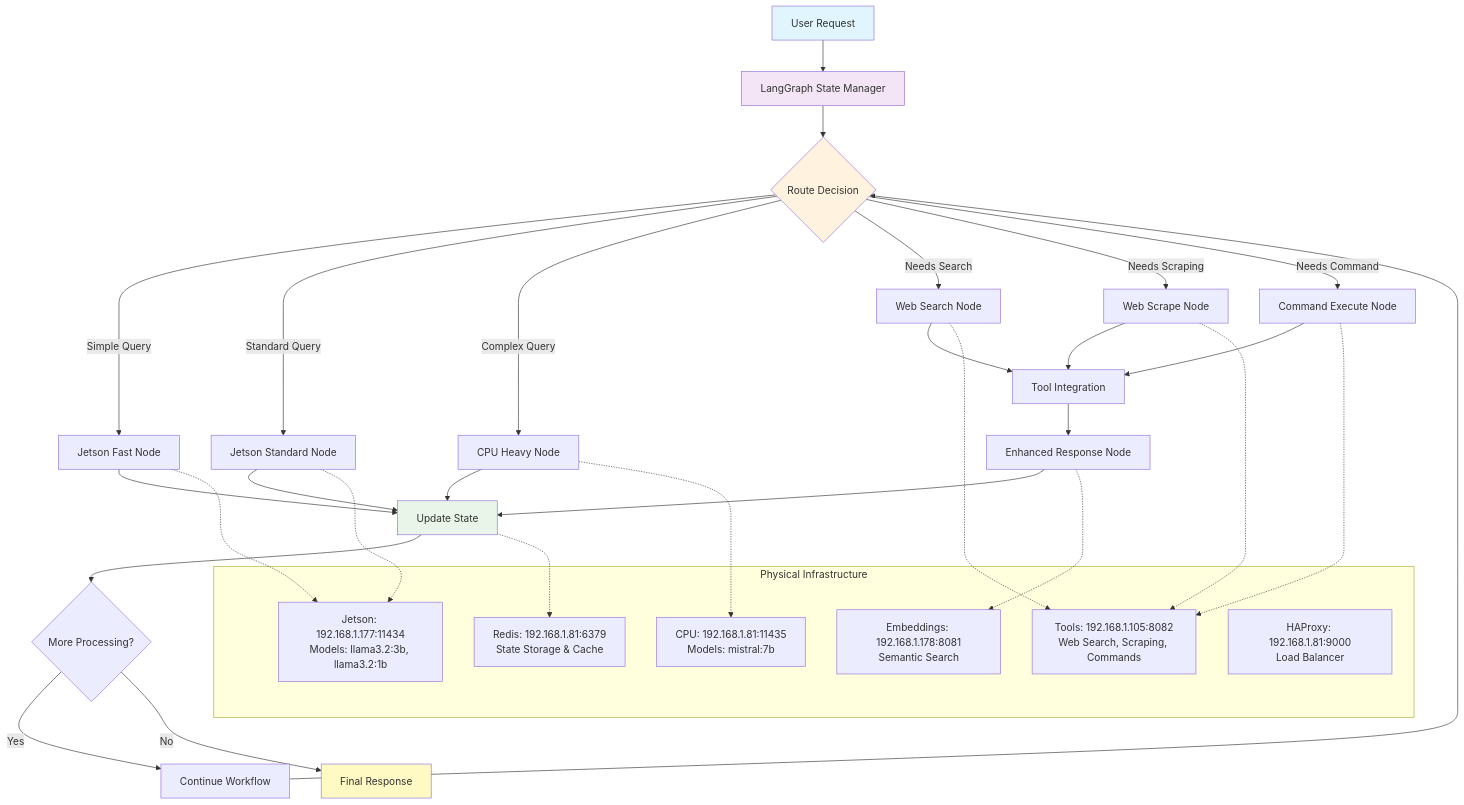
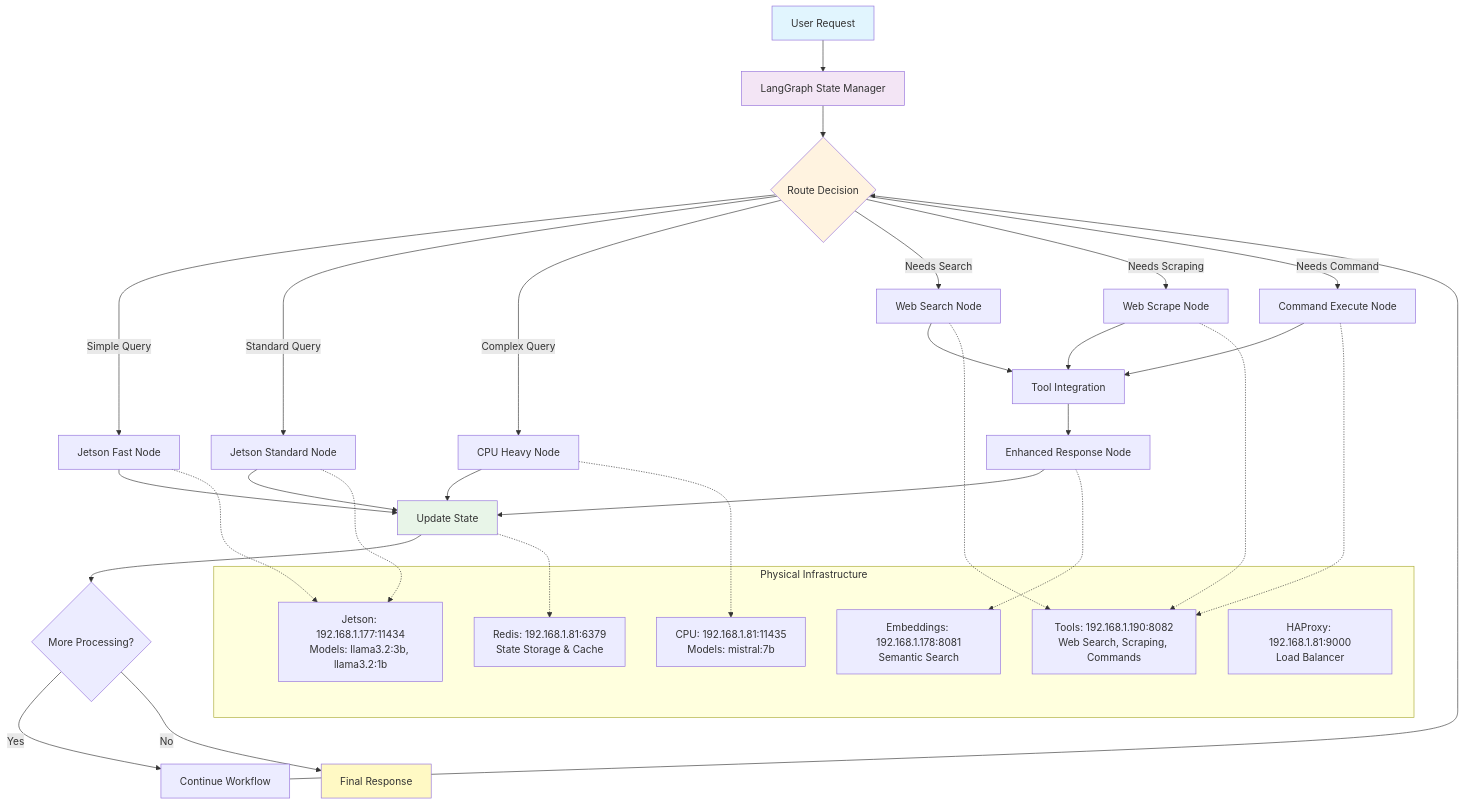
The first of 5 diagrams in docs/langgraph_concepts_and_workflows.md (pavelkushtia/LangGraph), drawn with Mermaid before and after one commit. The commit also changed other lines of this file and 10 other files, not shown here.

````diff
--- a/docs/langgraph_concepts_and_workflows.md
+++ b/docs/langgraph_concepts_and_workflows.md
@@ -9,49 +9,49 @@
 ```mermaid
 graph TD
     A[User Request] --> B[LangGraph State Manager]
     B --> C{Route Decision}
     
     C -->|Simple Query| D[Jetson Fast Node]
     C -->|Standard Query| E[Jetson Standard Node]
     C -->|Complex Query| F[CPU Heavy Node]
     C -->|Needs Search| G[Web Search Node]
     C -->|Needs Scraping| H[Web Scrape Node]
     C -->|Needs Command| I[Command Execute Node]
     
     D --> J[Update State]
     E --> J
     F --> J
     G --> K[Tool Integration] --> L[Enhanced Response Node] --> J
     H --> K
     I --> K
     
     J --> M{More Processing?}
     M -->|Yes| N[Continue Workflow]
     M -->|No| O[Final Response]
     
     N --> C
     
     subgraph "Physical Infrastructure"
         P[Jetson: 192.168.1.177:11434<br/>Models: llama3.2:3b, llama3.2:1b]
         Q[CPU: 192.168.1.81:11435<br/>Models: mistral:7b]
-        R[Tools: 192.168.1.105:8082<br/>Web Search, Scraping, Commands]
+        R[Tools: 192.168.1.190:8082<br/>Web Search, Scraping, Commands]
         S[Embeddings: 192.168.1.178:8081<br/>Semantic Search]
         T[Redis: 192.168.1.81:6379<br/>State Storage & Cache]
         U[HAProxy: 192.168.1.81:9000<br/>Load Balancer]
     end
     
     D -.-> P
     E -.-> P
     F -.-> Q
     G -.-> R
     H -.-> R
     I -.-> R
     L -.-> S
     J -.-> T
     
     style A fill:#e1f5fe
     style B fill:#f3e5f5
     style C fill:#fff3e0
     style J fill:#e8f5e8
     style O fill:#fff9c4
 ```
````
